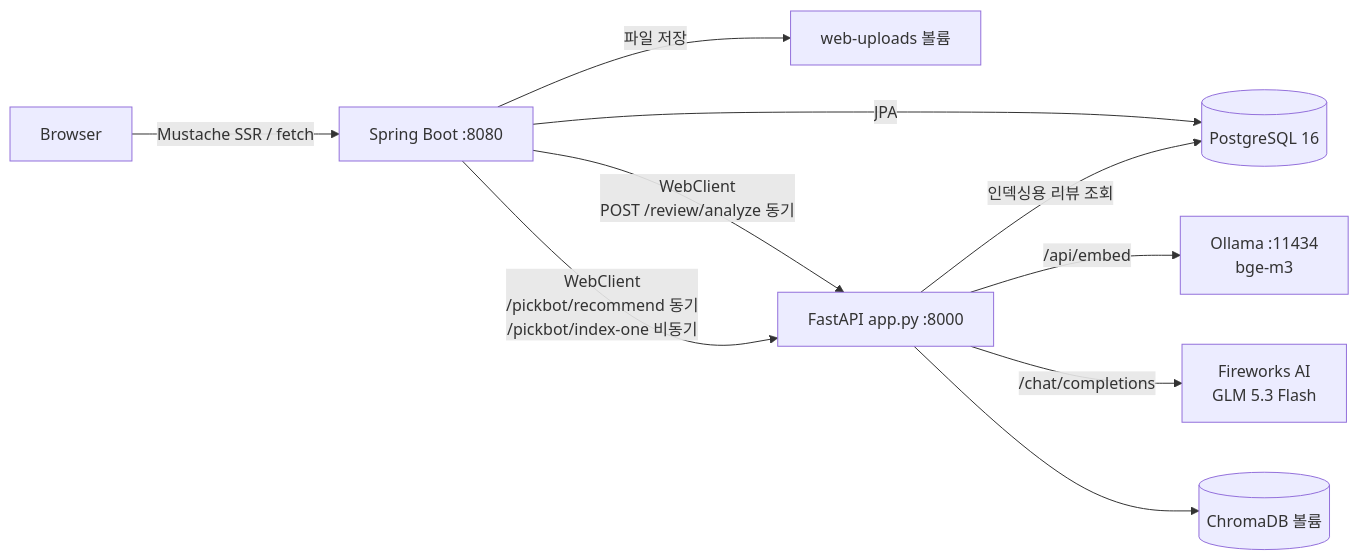
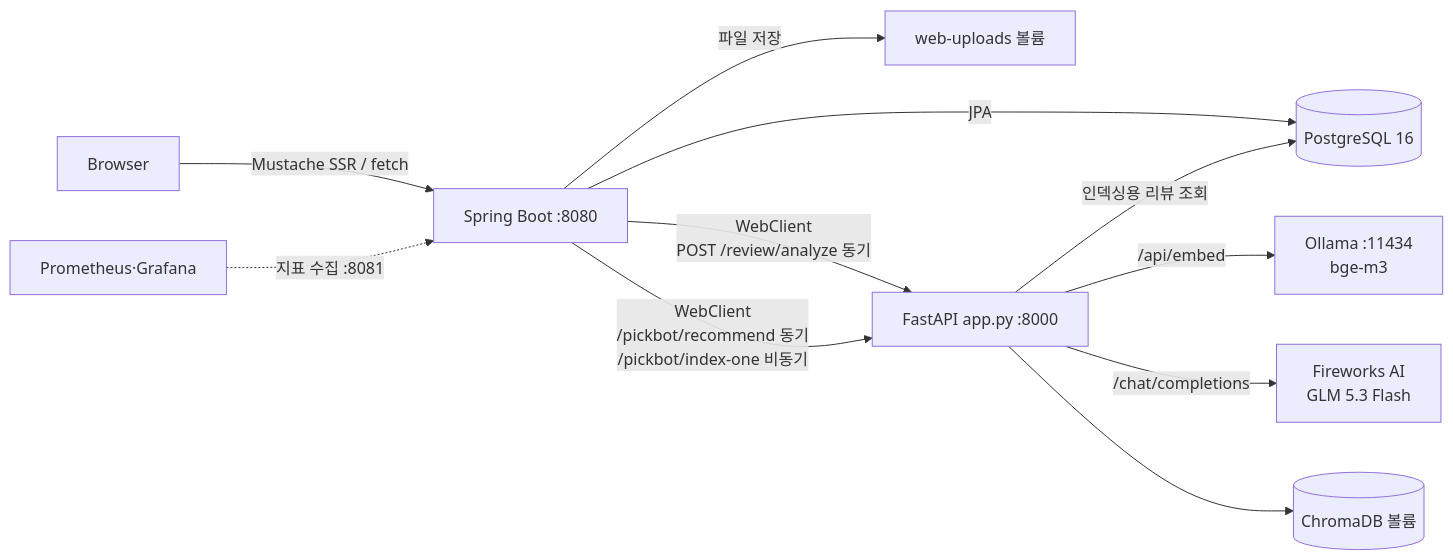
The diagram in README.md (HsH1121/MyPickCafe), drawn with Mermaid before and after one commit. The commit also changed other lines of this file and 1 other file, not shown here.

First line of the commit message:
docs: README·ARCHITECTURE 에 모니터링·부하 테스트와 DB 커넥션 개선 반영

````diff
--- a/README.md
+++ b/README.md
@@ -23,12 +24,13 @@
 ```mermaid
 flowchart LR
     B[Browser] -->|Mustache SSR / fetch| S[Spring Boot :8080]
     S -->|JPA| P[(PostgreSQL 16)]
     S -->|파일 저장| U[web-uploads 볼륨]
     S -->|WebClient<br/>POST /review/analyze 동기| F[FastAPI app.py :8000]
     S -->|WebClient<br/>/pickbot/recommend 동기<br/>/pickbot/index-one 비동기| F
     F -->|/api/embed| O[Ollama :11434<br/>bge-m3]
     F -->|/chat/completions| L[Fireworks AI<br/>GLM 5.3 Flash]
     F -->|인덱싱용 리뷰 조회| P
     F --> C[(ChromaDB 볼륨)]
+    M[Prometheus·Grafana] -.->|지표 수집 :8081| S
 ```
````
